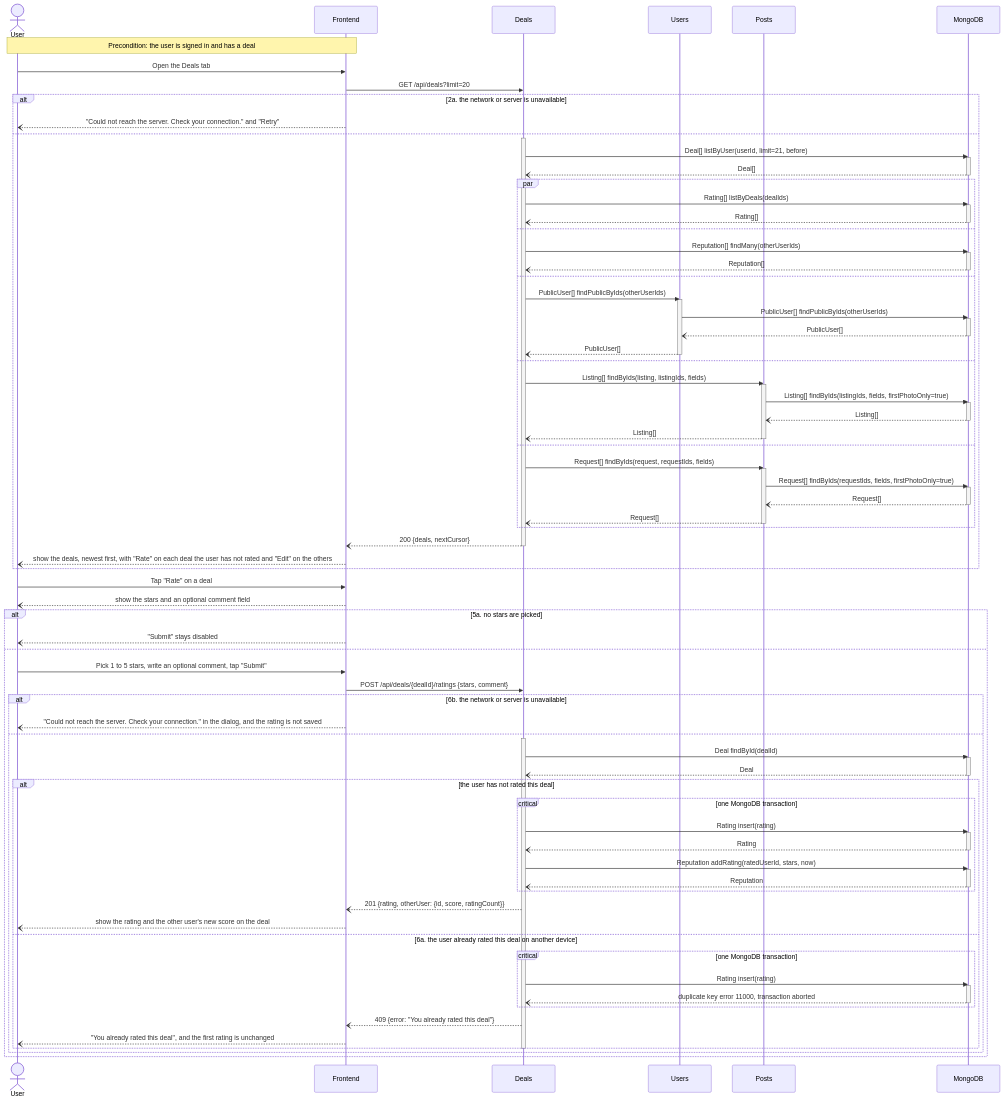
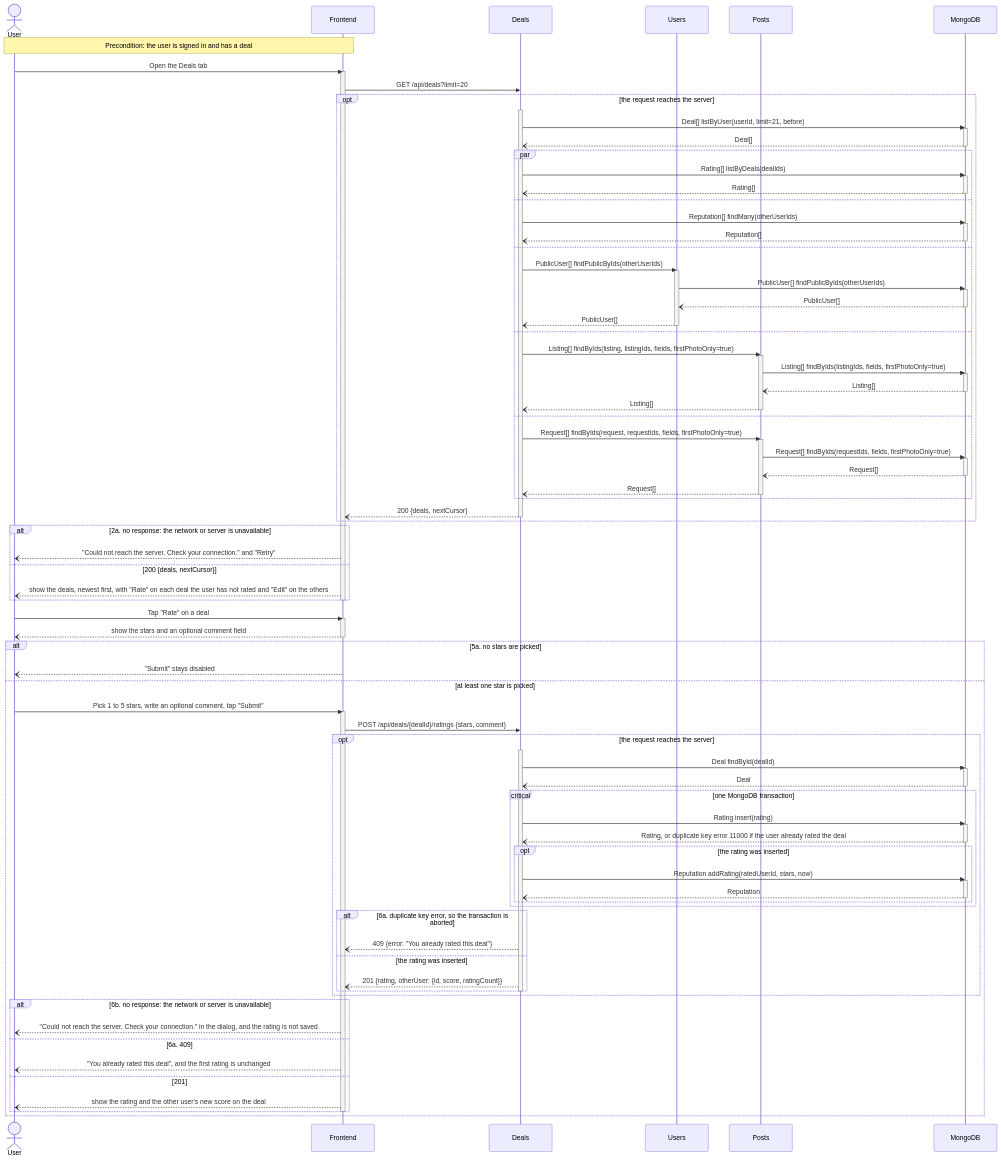
One commit to m1lun/MatchMarket changed the third of 6 diagrams in documentation/Requirements_and_Design.md. Above: the diagram before and after it, drawn with Mermaid. The commit also changed other lines of this file and 12 other files, not shown here.

````diff
--- a/documentation/Requirements_and_Design.md
+++ b/documentation/Requirements_and_Design.md
@@ -661,10 +679,9 @@
     participant DB as MongoDB
     Note over U,FE: Precondition: the user is signed in and has a deal
     U->>FE: Open the Deals tab
+    activate FE
     FE->>D: GET /api/deals?limit=20
-    alt 2a. the network or server is unavailable
-        FE--)U: "Could not reach the server. Check your connection." and "Retry"
-    else
+    opt the request reaches the server
         activate D
         D->>DB: Deal[] listByUser(userId, limit=21, before)
         activate DB
@@ -690,7 +707,7 @@
             UA--)D: PublicUser[]
             deactivate UA
         and
-            D->>P: Listing[] findByIds(listing, listingIds, fields)
+            D->>P: Listing[] findByIds(listing, listingIds, fields, firstPhotoOnly=true)
             activate P
             P->>DB: Listing[] findByIds(listingIds, fields, firstPhotoOnly=true)
             activate DB
@@ -699,7 +716,7 @@
             P--)D: Listing[]
             deactivate P
         and
-            D->>P: Request[] findByIds(request, requestIds, fields)
+            D->>P: Request[] findByIds(request, requestIds, fields, firstPhotoOnly=true)
             activate P
             P->>DB: Request[] findByIds(requestIds, fields, firstPhotoOnly=true)
             activate DB
@@ -710,47 +727,55 @@
         end
         D--)FE: 200 {deals, nextCursor}
         deactivate D
+    end
+    alt 2a. no response: the network or server is unavailable
+        FE--)U: "Could not reach the server. Check your connection." and "Retry"
+    else 200 {deals, nextCursor}
         FE--)U: show the deals, newest first, with "Rate" on each deal the user has not rated and "Edit" on the others
     end
+    deactivate FE
     U->>FE: Tap "Rate" on a deal
+    activate FE
     FE--)U: show the stars and an optional comment field
+    deactivate FE
     alt 5a. no stars are picked
         FE--)U: "Submit" stays disabled
-    else
+    else at least one star is picked
         U->>FE: Pick 1 to 5 stars, write an optional comment, tap "Submit"
+        activate FE
         FE->>D: POST /api/deals/{dealId}/ratings {stars, comment}
-        alt 6b. the network or server is unavailable
-            FE--)U: "Could not reach the server. Check your connection." in the dialog, and the rating is not saved
-        else
+        opt the request reaches the server
             activate D
             D->>DB: Deal findById(dealId)
             activate DB
             DB--)D: Deal
             deactivate DB
-            alt the user has not rated this deal
-                critical one MongoDB transaction
-                    D->>DB: Rating insert(rating)
-                    activate DB
-                    DB--)D: Rating
-                    deactivate DB
+            critical one MongoDB transaction
+                D->>DB: Rating insert(rating)
+                activate DB
+                DB--)D: Rating, or duplicate key error 11000 if the user already rated the deal
+                deactivate DB
+                opt the rating was inserted
                     D->>DB: Reputation addRating(ratedUserId, stars, now)
                     activate DB
                     DB--)D: Reputation
                     deactivate DB
                 end
+            end
+            alt 6a. duplicate key error, so the transaction is aborted
+                D--)FE: 409 {error: "You already rated this deal"}
+            else the rating was inserted
                 D--)FE: 201 {rating, otherUser: {id, score, ratingCount}}
-                FE--)U: show the rating and the other user's new score on the deal
-            else 6a. the user already rated this deal on another device
-                critical one MongoDB transaction
-                    D->>DB: Rating insert(rating)
-                    activate DB
-                    DB--)D: duplicate key error 11000, transaction aborted
-                    deactivate DB
-                end
-                D--)FE: 409 {error: "You already rated this deal"}
-                FE--)U: "You already rated this deal", and the first rating is unchanged
             end
             deactivate D
         end
+        alt 6b. no response: the network or server is unavailable
+            FE--)U: "Could not reach the server. Check your connection." in the dialog, and the rating is not saved
+        else 6a. 409
+            FE--)U: "You already rated this deal", and the first rating is unchanged
+        else 201
+            FE--)U: show the rating and the other user's new score on the deal
+        end
+        deactivate FE
     end
 ```
````
